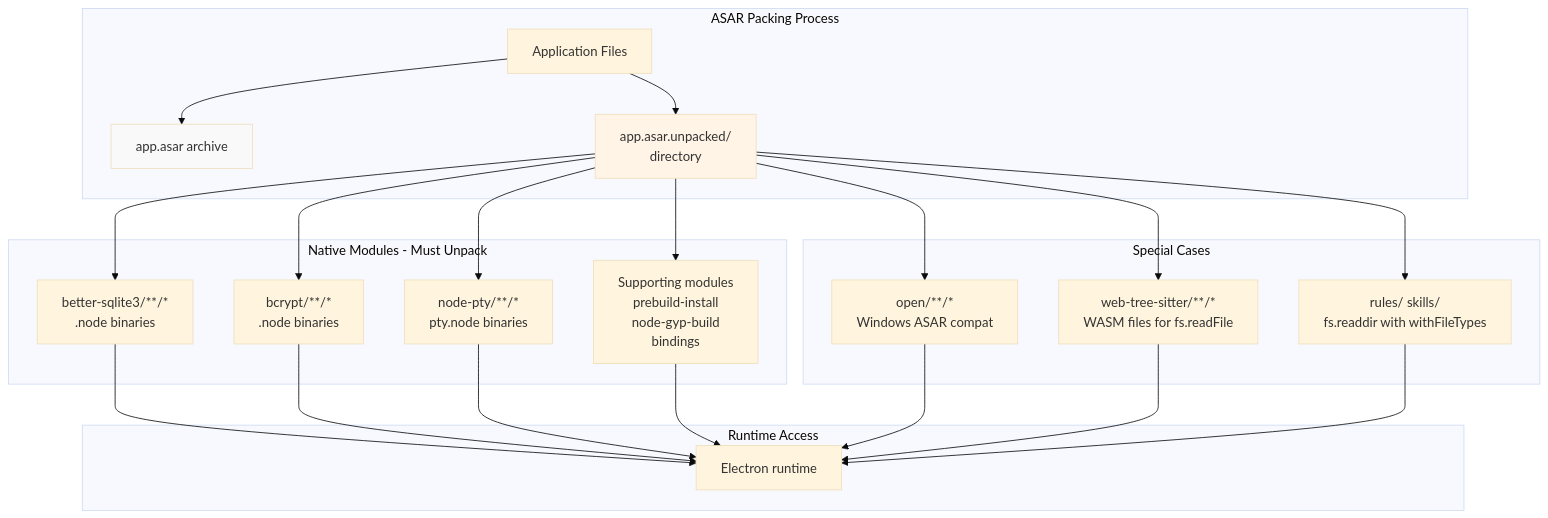
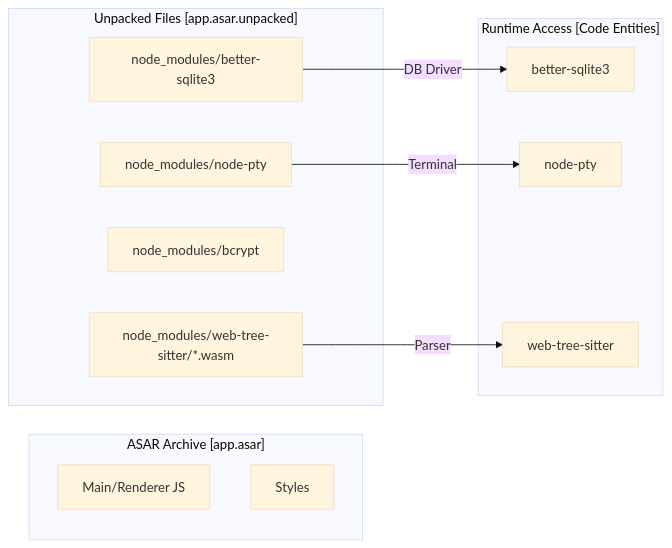
One commit to blackcater/zentree changed the second of 2 diagrams in docs/iOfficeAI_AionUi/build-and-deployment/native-module-handling.md. Above: the diagram before and after it, drawn with Mermaid (base theme). The commit also changed other lines of this file and 232 other files, not shown here.

````diff
--- a/docs/iOfficeAI_AionUi/build-and-deployment/native-module-handling.md
+++ b/docs/iOfficeAI_AionUi/build-and-deployment/native-module-handling.md
@@ -159,34 +94,20 @@
 ```mermaid
-graph TB
-    subgraph "ASAR Packing Process"
-        FILES["Application Files"]
-        FILES --> ASAR["app.asar archive"]
-        FILES --> UNPACKED["app.asar.unpacked/<br/>directory"]
+graph LR
+    subgraph "ASAR Archive [app.asar]"
+        JS["Main/Renderer JS"]
+        CSS["Styles"]
     end
 
-    subgraph "Native Modules - Must Unpack"
-        UNPACKED --> SQLITE["better-sqlite3/**/*<br/>.node binaries"]
-        UNPACKED --> BCRYPT["bcrypt/**/*<br/>.node binaries"]
-        UNPACKED --> PTY["node-pty/**/*<br/>pty.node binaries"]
-        UNPACKED --> DEPS["Supporting modules<br/>prebuild-install<br/>node-gyp-build<br/>bindings"]
+    subgraph "Unpacked Files [app.asar.unpacked]"
+        SQLITE_BIN["node_modules/better-sqlite3"]
+        PTY_BIN["node_modules/node-pty"]
+        BCRYPT_BIN["node_modules/bcrypt"]
+        TREESITTER_WASM["node_modules/web-tree-sitter/*.wasm"]
     end
 
-    subgraph "Special Cases"
-        UNPACKED --> OPEN["open/**/*<br/>Windows ASAR compat"]
-        UNPACKED --> TREESITTER["web-tree-sitter/**/*<br/>WASM files for fs.readFile"]
-        UNPACKED --> BUILTIN["rules/ skills/<br/>fs.readdir with withFileTypes"]
+    subgraph "Runtime Access [Code Entities]"
+        SQLITE_BIN -->|"DB Driver"| db["better-sqlite3"]
+        PTY_BIN -->|"Terminal"| pty["node-pty"]
+        TREESITTER_WASM -->|"Parser"| ts["web-tree-sitter"]
     end
-
-    subgraph "Runtime Access"
-        SQLITE --> RUNTIME["Electron runtime"]
-        BCRYPT --> RUNTIME
-        PTY --> RUNTIME
-        DEPS --> RUNTIME
-        OPEN --> RUNTIME
-        TREESITTER --> RUNTIME
-        BUILTIN --> RUNTIME
-    end
-
-    style ASAR fill:#f9f9f9
-    style UNPACKED fill:#fff4e6
 ```
````
